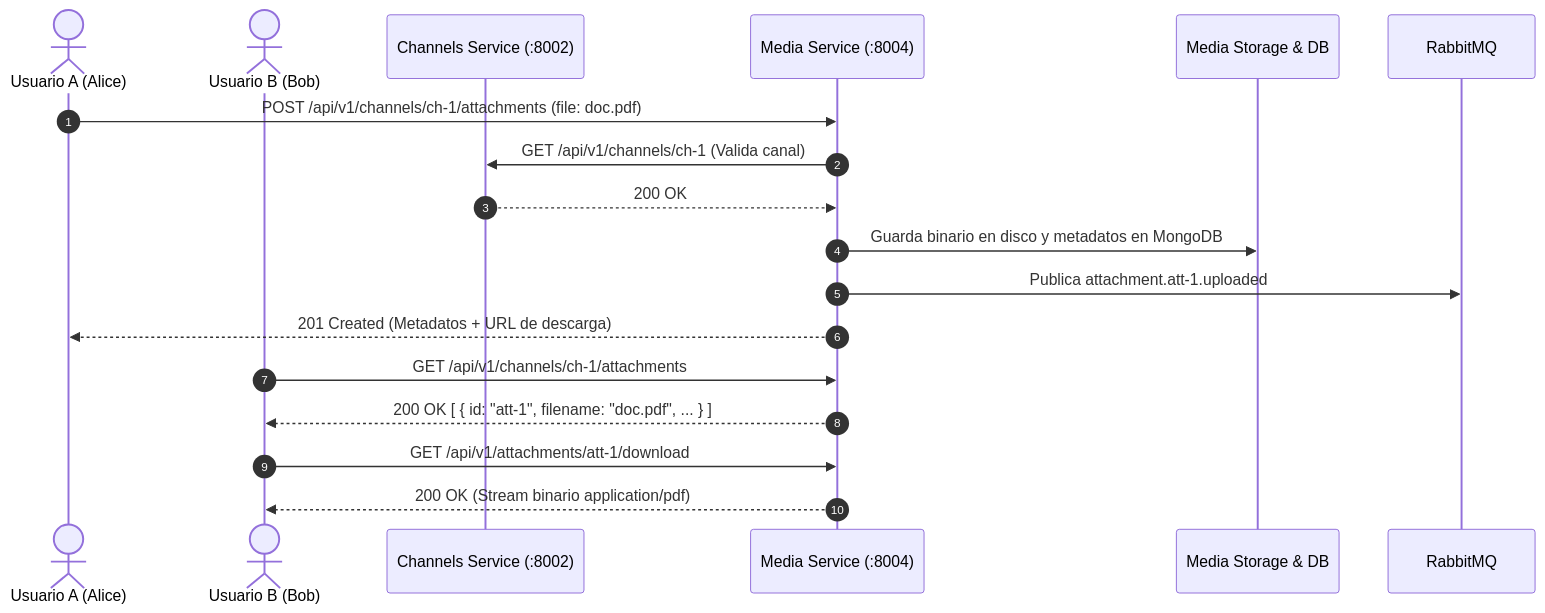
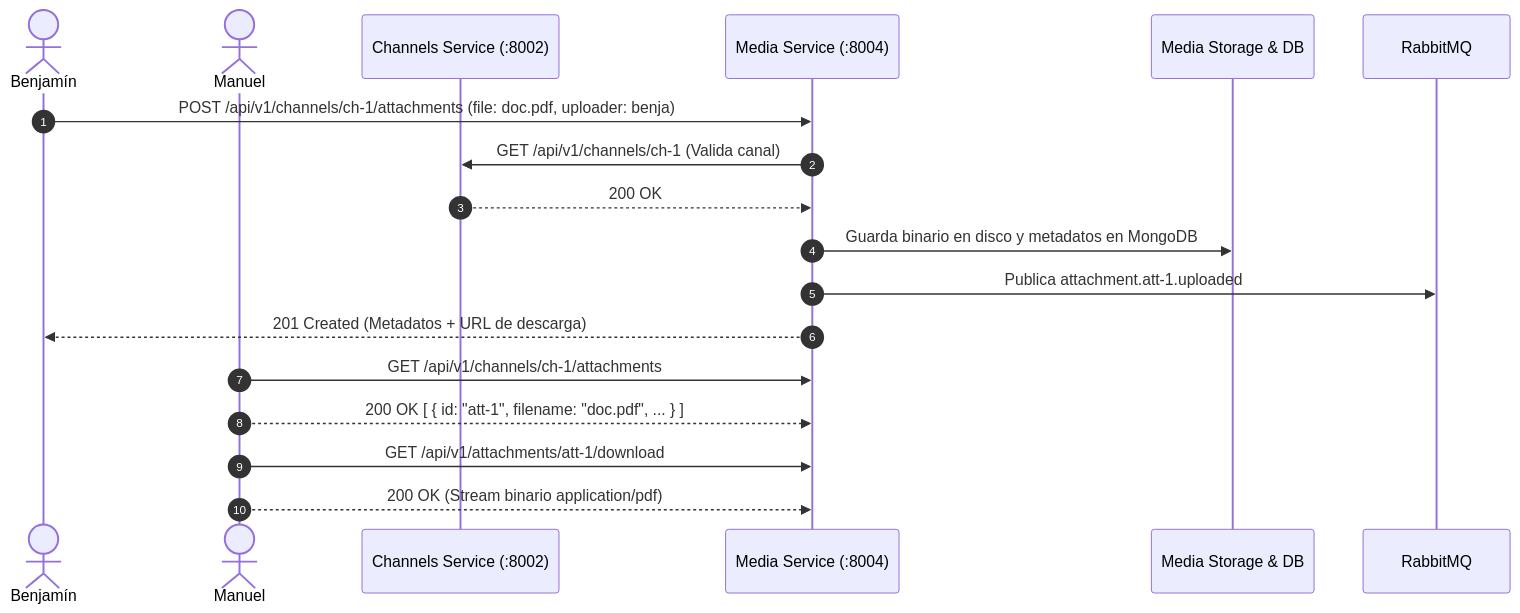
One commit to 667r/microservicios changed the second of 3 diagrams in 03_Comunicación/slides.md. Above: the diagram before and after it, drawn with Mermaid. The commit also changed other lines of this file and 1 other file, not shown here.

Commit message:
slides terminado

````diff
--- a/03_Comunicación/slides.md
+++ b/03_Comunicación/slides.md
@@ -197,23 +197,23 @@
 ```mermaid
 sequenceDiagram
     autonumber
-    actor Alice as Usuario A (Alice)
-    actor Bob as Usuario B (Bob)
+    actor Benjamin as Benjamín
+    actor Manuel as Manuel
     participant Channels as Channels Service (:8002)
     participant Media as Media Service (:8004)
     participant Storage as Media Storage & DB
     participant Broker as RabbitMQ
 
-    Alice->>Media: POST /api/v1/channels/ch-1/attachments (file: doc.pdf)
+    Benjamin->>Media: POST /api/v1/channels/ch-1/attachments (file: doc.pdf, uploader: benja)
     Media->>Channels: GET /api/v1/channels/ch-1 (Valida canal)
     Channels-->>Media: 200 OK
     Media->>Storage: Guarda binario en disco y metadatos en MongoDB
     Media->>Broker: Publica attachment.att-1.uploaded
-    Media-->>Alice: 201 Created (Metadatos + URL de descarga)
+    Media-->>Benjamin: 201 Created (Metadatos + URL de descarga)
 
-    Bob->>Media: GET /api/v1/channels/ch-1/attachments
-    Media-->>Bob: 200 OK [ { id: "att-1", filename: "doc.pdf", ... } ]
+    Manuel->>Media: GET /api/v1/channels/ch-1/attachments
+    Manuel-->>Media: 200 OK [ { id: "att-1", filename: "doc.pdf", ... } ]
 
-    Bob->>Media: GET /api/v1/attachments/att-1/download
-    Media-->>Bob: 200 OK (Stream binario application/pdf)
+    Manuel->>Media: GET /api/v1/attachments/att-1/download
+    Manuel-->>Media: 200 OK (Stream binario application/pdf)
 ```
````
